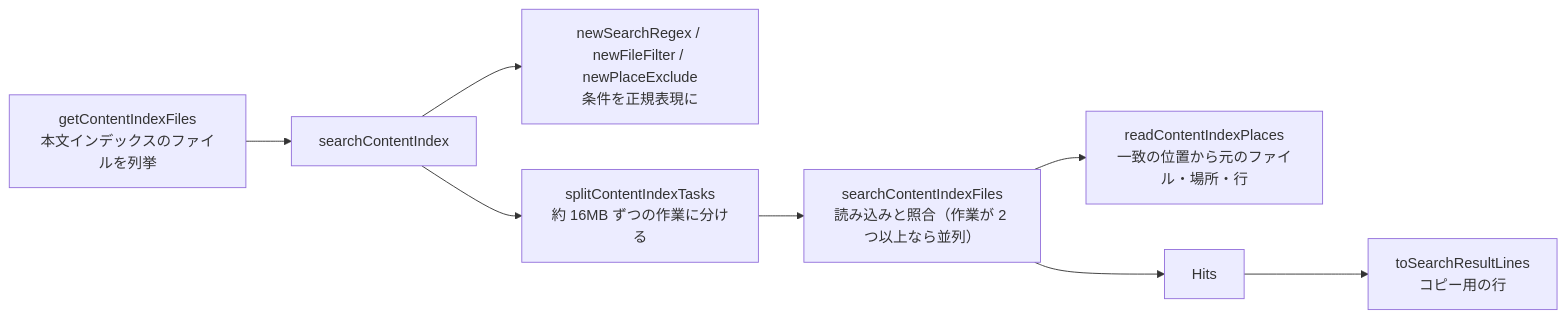
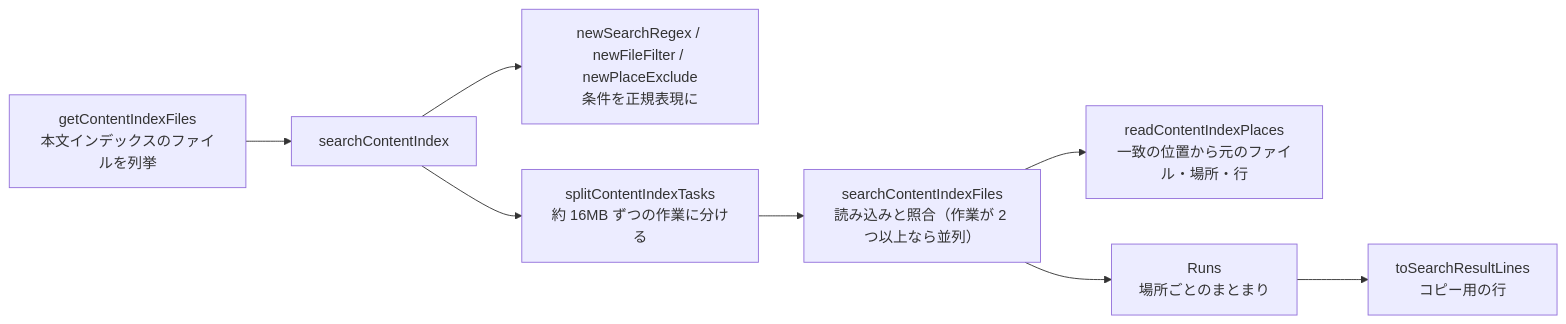
One commit to hsgwa/tebunko changed the diagram in docs/design/reference/search.md. Above: the diagram before and after it, drawn with Mermaid. The commit also changed other lines of this file and 33 other files, not shown here.

````diff
--- a/docs/design/reference/search.md
+++ b/docs/design/reference/search.md
@@ -7,10 +7,10 @@
 ```mermaid
 flowchart LR
     A["getContentIndexFiles<br>本文インデックスのファイルを列挙"] --> B["searchContentIndex"]
     B --> C["newSearchRegex / newFileFilter / newPlaceExclude<br>条件を正規表現に"]
     B --> T["splitContentIndexTasks<br>約 16MB ずつの作業に分ける"]
     T --> E["searchContentIndexFiles<br>読み込みと照合（作業が 2 つ以上なら並列）"]
     E --> P["readContentIndexPlaces<br>一致の位置から元のファイル・場所・行"]
-    E --> F["Hits"]
+    E --> F["Runs<br>場所ごとのまとまり"]
     F --> G["toSearchResultLines<br>コピー用の行"]
 ```
````
